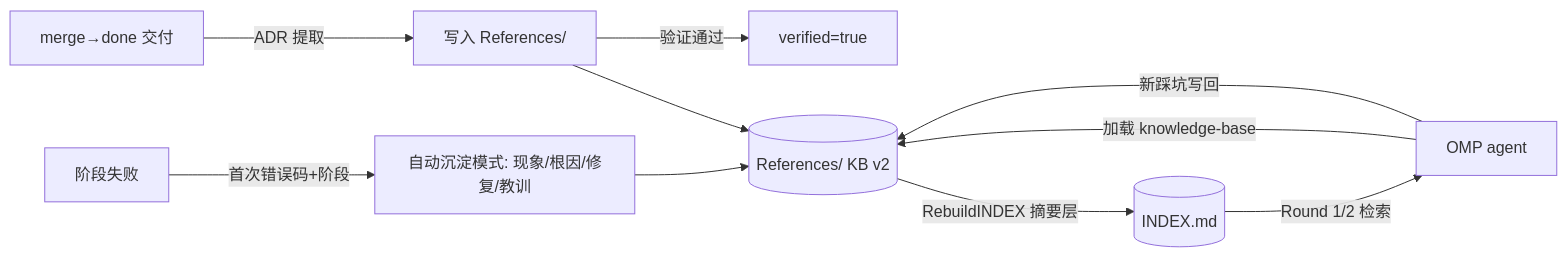
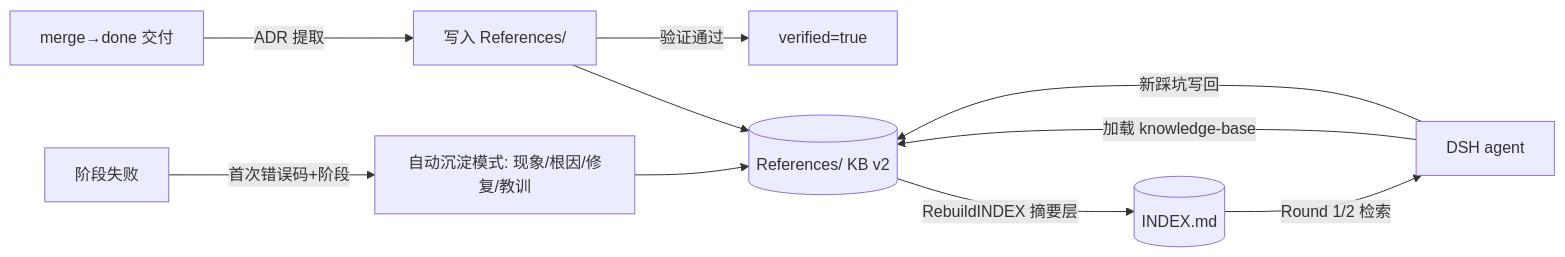
The fourth of 4 diagrams in README.md (ndzuki/obsidian-task-runner), drawn with Mermaid before and after one commit. The commit also changed other lines of this file and 2 other files, not shown here.

First line of the commit message:
文档对齐：主 skill/README/embed 记录去 OMP 化 + grilling 交互 + effort 分级

````diff
--- a/README.md
+++ b/README.md
@@ -401,12 +398,12 @@
 ```mermaid
 flowchart LR
     FAIL[阶段失败] -->|首次错误码+阶段| SINK[自动沉淀模式: 现象/根因/修复/教训]
     MERGE[merge→done 交付] -->|ADR 提取| EXTRACT[写入 References/]
     EXTRACT -->|验证通过| VERIFIED[verified=true]
     SINK --> KB[(References/ KB v2)]
     EXTRACT --> KB
     KB -->|RebuildINDEX 摘要层| IDX[(INDEX.md)]
-    IDX -->|Round 1/2 检索| AGENT[OMP agent]
+    IDX -->|Round 1/2 检索| AGENT[DSH agent]
     AGENT -->|加载 knowledge-base| KB
     AGENT -->|新踩坑写回| KB
 ```
````
